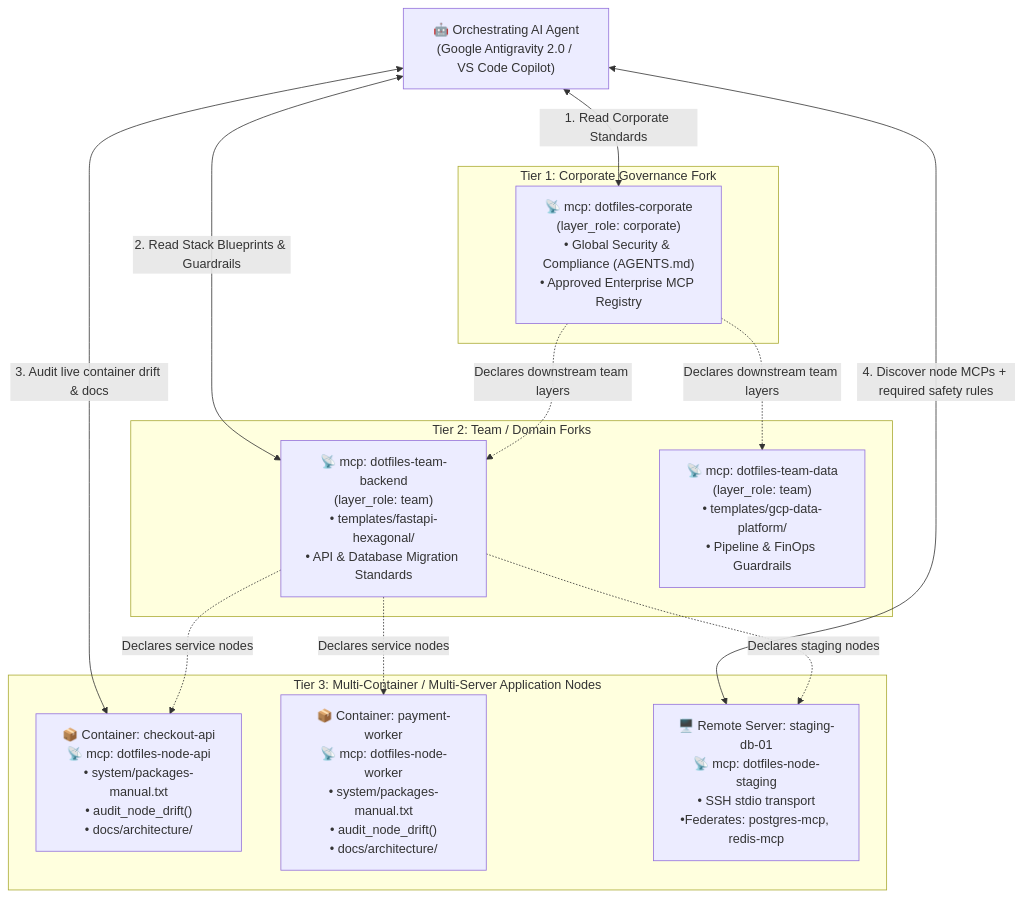
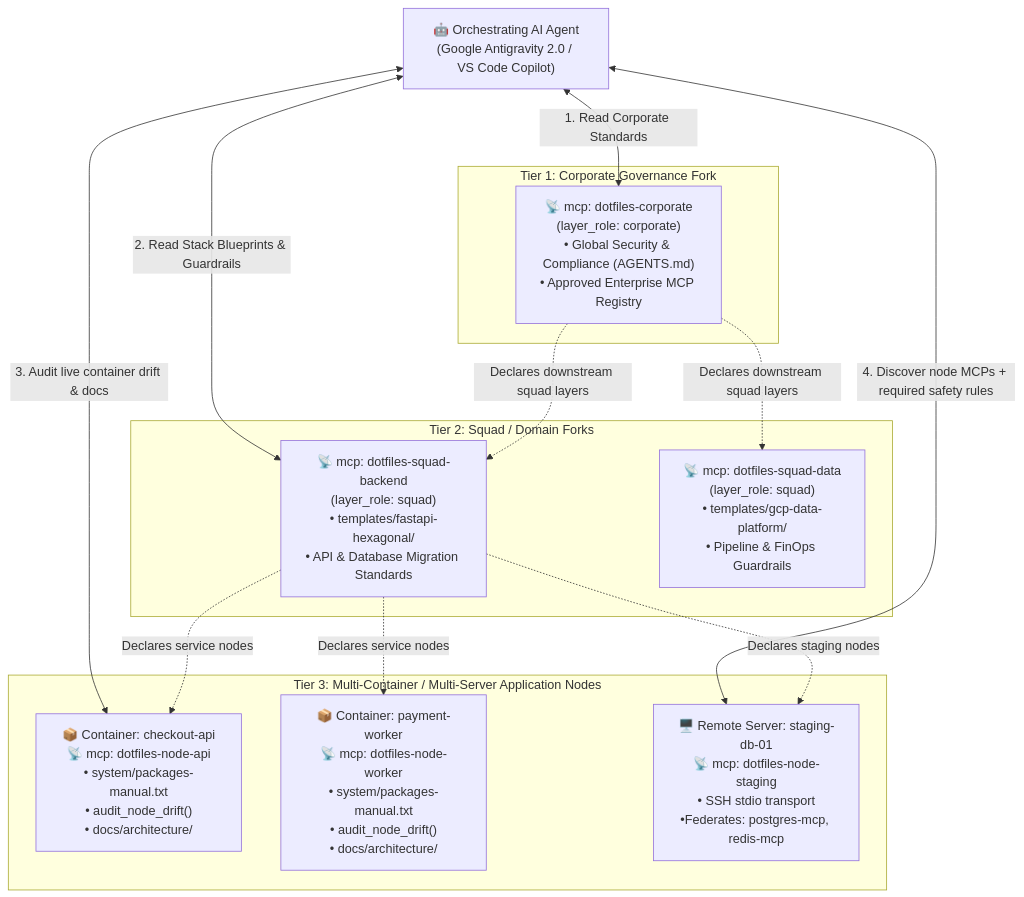
One commit to mtwuser/dotfiles-ubuntu changed the first of 2 diagrams in docs/reference/contextual_mcp_and_multi_service_orchestration.md. Above: the diagram before and after it, drawn with Mermaid. The commit also changed other lines of this file and 33 other files, not shown here.

Commit message:
feat(layers): unify squad role and add 4-tier setup blueprints with kickoff prompts

````diff
--- a/docs/reference/contextual_mcp_and_multi_service_orchestration.md
+++ b/docs/reference/contextual_mcp_and_multi_service_orchestration.md
@@ -56,29 +56,29 @@
 ```mermaid
 flowchart TD
     Agent["🤖 Orchestrating AI Agent\n(Google Antigravity 2.0 / VS Code Copilot)"]
 
     subgraph Tier1["Tier 1: Corporate Governance Fork"]
         CorpMCP["📡 mcp: dotfiles-corporate\n(layer_role: corporate)\n• Global Security & Compliance (AGENTS.md)\n• Approved Enterprise MCP Registry"]
     end
 
-    subgraph Tier2["Tier 2: Team / Domain Forks"]
-        BackendMCP["📡 mcp: dotfiles-team-backend\n(layer_role: team)\n• templates/fastapi-hexagonal/\n• API & Database Migration Standards"]
-        DataMCP["📡 mcp: dotfiles-team-data\n(layer_role: team)\n• templates/gcp-data-platform/\n• Pipeline & FinOps Guardrails"]
+    subgraph Tier2["Tier 2: Squad / Domain Forks"]
+        BackendMCP["📡 mcp: dotfiles-squad-backend\n(layer_role: squad)\n• templates/fastapi-hexagonal/\n• API & Database Migration Standards"]
+        DataMCP["📡 mcp: dotfiles-squad-data\n(layer_role: squad)\n• templates/gcp-data-platform/\n• Pipeline & FinOps Guardrails"]
     end
 
     subgraph Tier3["Tier 3: Multi-Container / Multi-Server Application Nodes"]
         NodeAPI["📦 Container: checkout-api\n📡 mcp: dotfiles-node-api\n• system/packages-manual.txt\n• audit_node_drift()\n• docs/architecture/"]
         NodeWorker["📦 Container: payment-worker\n📡 mcp: dotfiles-node-worker\n• system/packages-manual.txt\n• audit_node_drift()\n• docs/architecture/"]
         NodeStaging["🖥️ Remote Server: staging-db-01\n📡 mcp: dotfiles-node-staging\n• SSH stdio transport\n•Federates: postgres-mcp, redis-mcp"]
     end
 
     Agent <-->|"1. Read Corporate Standards"| CorpMCP
-    CorpMCP -.->|"Declares downstream team layers"| BackendMCP
-    CorpMCP -.->|"Declares downstream team layers"| DataMCP
+    CorpMCP -.->|"Declares downstream squad layers"| BackendMCP
+    CorpMCP -.->|"Declares downstream squad layers"| DataMCP
     Agent <-->|"2. Read Stack Blueprints & Guardrails"| BackendMCP
     BackendMCP -.->|"Declares service nodes"| NodeAPI
     BackendMCP -.->|"Declares service nodes"| NodeWorker
     BackendMCP -.->|"Declares staging nodes"| NodeStaging
     Agent <-->|"3. Audit live container drift & docs"| NodeAPI
     Agent <-->|"4. Discover node MCPs + required safety rules"| NodeStaging
 ```
````
